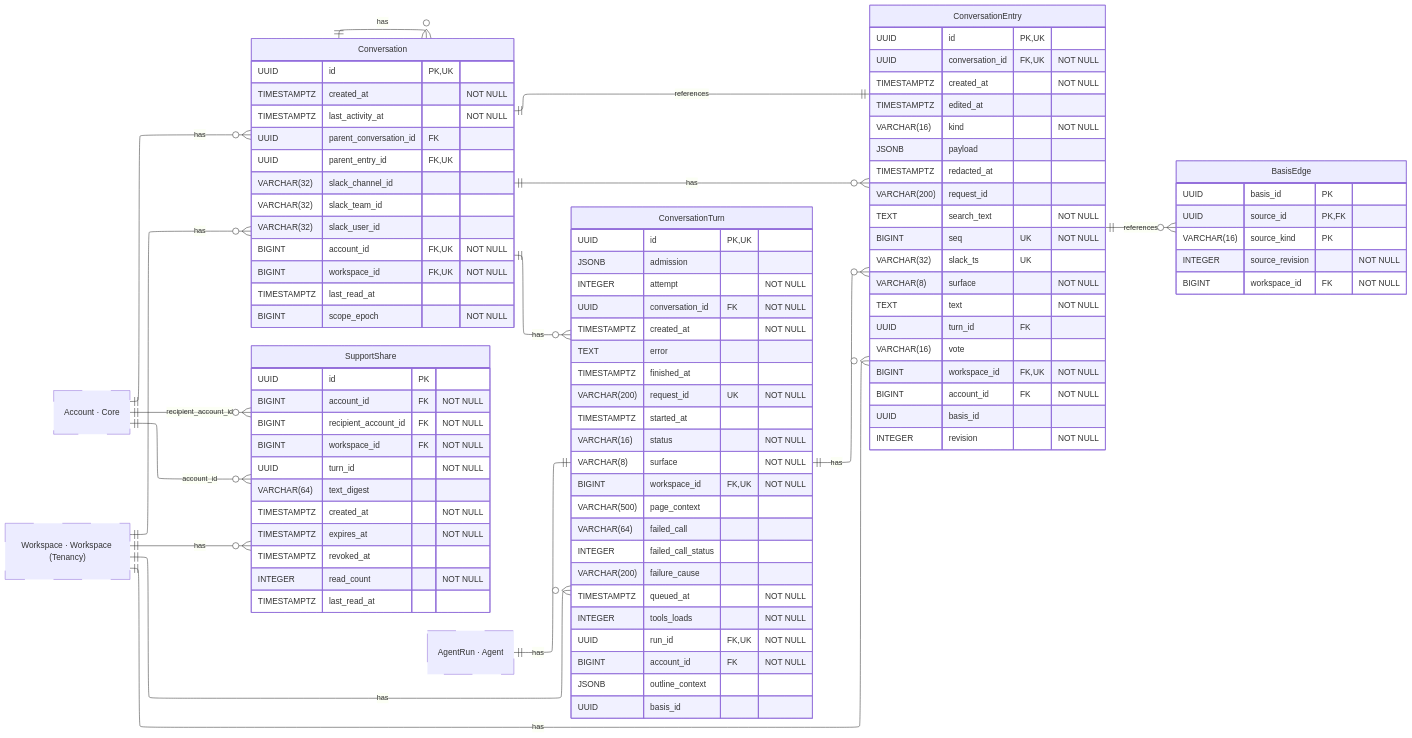
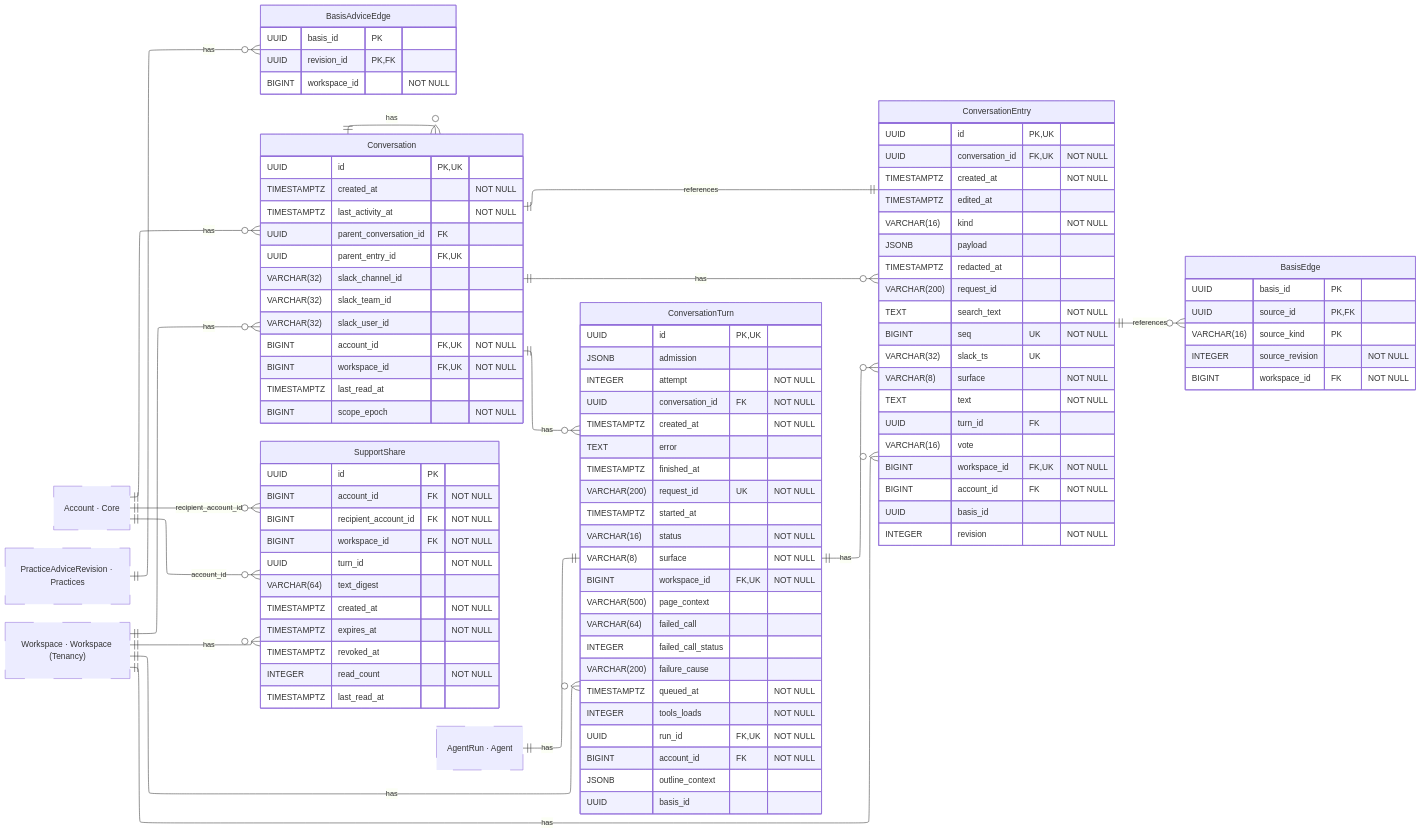
The diagram in docs/contributor/erd/conversation.mmd (hephaestus-build/Hephaestus), drawn with Mermaid before and after one commit. The commit also changed 30 other files, not shown here.

```diff
--- a/docs/contributor/erd/conversation.mmd
+++ b/docs/contributor/erd/conversation.mmd
@@ -1,127 +1,136 @@
 ---
 config:
     layout: elk
 ---
 erDiagram
     %% Generated automatically from PostgreSQL database schema
     %% using scripts/generate-mermaid-erd.ts
     %% To regenerate: vp run db:generate-erd-docs
 
     direction LR
+
+    BasisAdviceEdge {
+        UUID basis_id PK
+        UUID revision_id PK,FK
+        BIGINT workspace_id "NOT NULL"
+    }
 
     BasisEdge {
         UUID basis_id PK
         UUID source_id PK,FK
         VARCHAR(16) source_kind PK
         INTEGER source_revision "NOT NULL"
         BIGINT workspace_id FK "NOT NULL"
     }
 
     Conversation {
         UUID id PK,UK
         TIMESTAMPTZ created_at "NOT NULL"
         TIMESTAMPTZ last_activity_at "NOT NULL"
         UUID parent_conversation_id FK
         UUID parent_entry_id FK,UK
         VARCHAR(32) slack_channel_id
         VARCHAR(32) slack_team_id
         VARCHAR(32) slack_user_id
         BIGINT account_id FK,UK "NOT NULL"
         BIGINT workspace_id FK,UK "NOT NULL"
         TIMESTAMPTZ last_read_at
         BIGINT scope_epoch "NOT NULL"
     }
 
     ConversationEntry {
         UUID id PK,UK
         UUID conversation_id FK,UK "NOT NULL"
         TIMESTAMPTZ created_at "NOT NULL"
         TIMESTAMPTZ edited_at
         VARCHAR(16) kind "NOT NULL"
         JSONB payload
         TIMESTAMPTZ redacted_at
         VARCHAR(200) request_id
         TEXT search_text "NOT NULL"
         BIGINT seq UK "NOT NULL"
         VARCHAR(32) slack_ts UK
         VARCHAR(8) surface "NOT NULL"
         TEXT text "NOT NULL"
         UUID turn_id FK
         VARCHAR(16) vote
         BIGINT workspace_id FK,UK "NOT NULL"
         BIGINT account_id FK "NOT NULL"
         UUID basis_id
         INTEGER revision "NOT NULL"
     }
 
     ConversationTurn {
         UUID id PK,UK
         JSONB admission
         INTEGER attempt "NOT NULL"
         UUID conversation_id FK "NOT NULL"
         TIMESTAMPTZ created_at "NOT NULL"
         TEXT error
         TIMESTAMPTZ finished_at
         VARCHAR(200) request_id UK "NOT NULL"
         TIMESTAMPTZ started_at
         VARCHAR(16) status "NOT NULL"
         VARCHAR(8) surface "NOT NULL"
         BIGINT workspace_id FK,UK "NOT NULL"
         VARCHAR(500) page_context
         VARCHAR(64) failed_call
         INTEGER failed_call_status
         VARCHAR(200) failure_cause
         TIMESTAMPTZ queued_at "NOT NULL"
         INTEGER tools_loads "NOT NULL"
         UUID run_id FK,UK "NOT NULL"
         BIGINT account_id FK "NOT NULL"
         JSONB outline_context
         UUID basis_id
     }
 
     SupportShare {
         UUID id PK
         BIGINT account_id FK "NOT NULL"
         BIGINT recipient_account_id FK "NOT NULL"
         BIGINT workspace_id FK "NOT NULL"
         UUID turn_id "NOT NULL"
         VARCHAR(64) text_digest
         TIMESTAMPTZ created_at "NOT NULL"
         TIMESTAMPTZ expires_at "NOT NULL"
         TIMESTAMPTZ revoked_at
         INTEGER read_count "NOT NULL"
         TIMESTAMPTZ last_read_at
     }
 
     Account["Account · Core"]
     AgentRun["AgentRun · Agent"]
+    PracticeAdviceRevision["PracticeAdviceRevision · Practices"]
     Workspace["Workspace · Workspace (Tenancy)"]
 
     %% Relationships
     %% One-to-One relationships
     ConversationEntry ||--|| Conversation : references
     AgentRun ||--|| ConversationTurn : has
 
     %% One-to-Many relationships
+    PracticeAdviceRevision ||--o{ BasisAdviceEdge : has
     ConversationEntry ||--o{ BasisEdge : references
     Account ||--o{ Conversation : has
     Conversation ||--o{ Conversation : has
     Workspace ||--o{ Conversation : has
     Conversation ||--o{ ConversationEntry : has
     ConversationTurn ||--o{ ConversationEntry : has
     Workspace ||--o{ ConversationEntry : has
     Conversation ||--o{ ConversationTurn : has
     Workspace ||--o{ ConversationTurn : has
     Account ||--o{ SupportShare : account_id
     Account ||--o{ SupportShare : recipient_account_id
     Workspace ||--o{ SupportShare : has
 
     %% Styling
     classDef primaryEntity stroke-width:2px
     classDef associationEntity stroke-width:1px
     classDef metadataEntity stroke-width:1px
     classDef referenceEntity stroke-dasharray:5 5
 
     class Account referenceEntity
     class AgentRun referenceEntity
+    class PracticeAdviceRevision referenceEntity
     class Workspace referenceEntity
```
